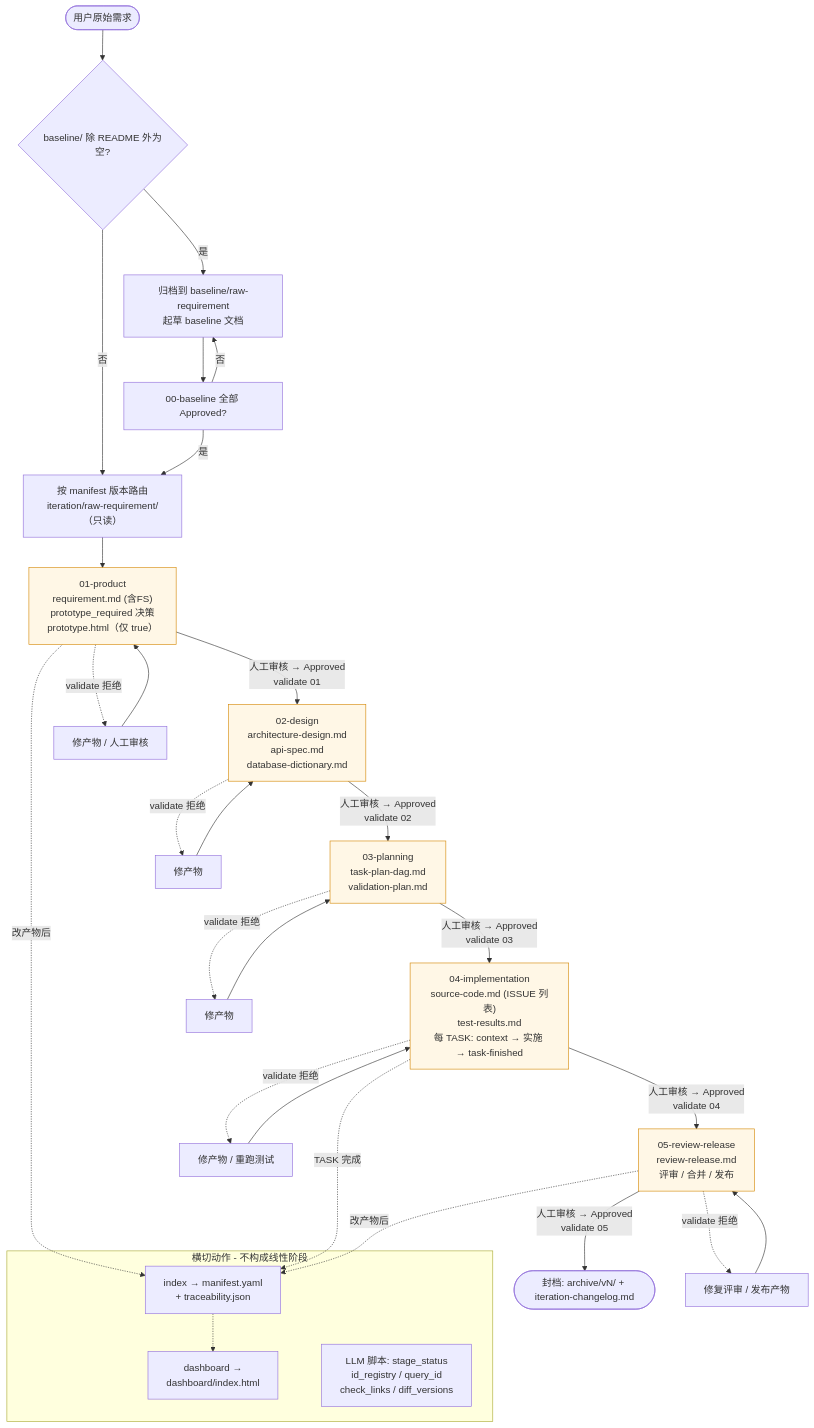
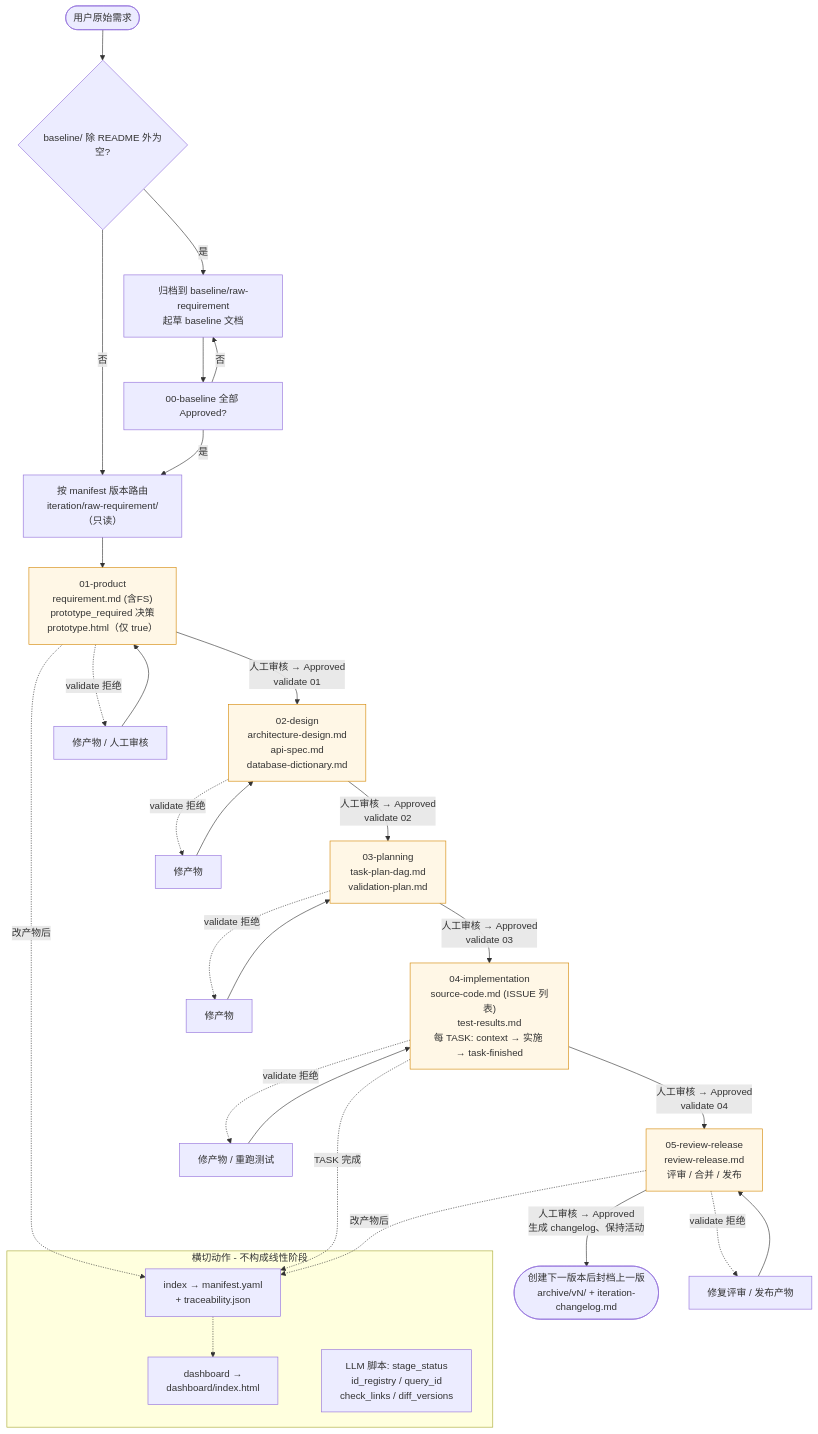
One commit to Albertzc/AlchemyWorks changed the diagram in README.md. Above: the diagram before and after it, drawn with Mermaid. The commit also changed other lines of this file and 12 other files, not shown here.

````diff
--- a/README.md
+++ b/README.md
@@ -158,42 +161,42 @@
 ```mermaid
 flowchart TD
     Start([用户原始需求]) --> Intake{baseline/ 除 README 外为空?}
     Intake -- 是 --> Bfix[归档到 baseline/raw-requirement<br/>起草 baseline 文档]
     Bfix --> B0[00-baseline 全部 Approved?]
     B0 -- 否 --> Bfix
     Intake -- 否 --> R0["按 manifest 版本路由<br/>iteration/raw-requirement/（只读）"]
     B0 -- 是 --> R0
     R0 --> S1
 
     S1["01-product<br/>requirement.md (含FS)<br/>prototype_required 决策<br/>prototype.html（仅 true）"]
     S2["02-design<br/>architecture-design.md<br/>api-spec.md<br/>database-dictionary.md"]
     S3["03-planning<br/>task-plan-dag.md<br/>validation-plan.md"]
     S4["04-implementation<br/>source-code.md (ISSUE 列表)<br/>test-results.md<br/>每 TASK: context → 实施 → task-finished"]
     S5["05-review-release<br/>review-release.md<br/>评审 / 合并 / 发布"]
-    Arch([封档: archive/vN/ + iteration-changelog.md])
+    Arch([创建下一版本后封档上一版<br/>archive/vN/ + iteration-changelog.md])
 
     S1 -- 人工审核 → Approved<br/>validate 01 --> S2
     S2 -- 人工审核 → Approved<br/>validate 02 --> S3
     S3 -- 人工审核 → Approved<br/>validate 03 --> S4
     S4 -- 人工审核 → Approved<br/>validate 04 --> S5
-    S5 -- 人工审核 → Approved<br/>validate 05 --> Arch
+    S5 -- 人工审核 → Approved<br/>生成 changelog、保持活动 --> Arch
 
     subgraph X[横切动作 - 不构成线性阶段]
         X1["index → manifest.yaml<br/>+ traceability.json<br/>"]
         X2["dashboard →<br/>dashboard/index.html"]
         X3["LLM 脚本: stage_status<br/>id_registry / query_id<br/>check_links / diff_versions"]
     end
     S1 -.改产物后.-> X1
     S4 -.TASK 完成.-> X1
     S5 -.改产物后.-> X1
     X1 -.-> X2
 
     S1 -.validate 拒绝.-> R1[修产物 / 人工审核] --> S1
     S2 -.validate 拒绝.-> R2[修产物] --> S2
     S3 -.validate 拒绝.-> R3[修产物] --> S3
     S4 -.validate 拒绝.-> R4[修产物 / 重跑测试] --> S4
     S5 -.validate 拒绝.-> R5[修复评审 / 发布产物] --> S5
 
     classDef gate fill:#fff7e6,stroke:#d48806,stroke-width:1px;
     class S1,S2,S3,S4,S5 gate;
 ```
````
